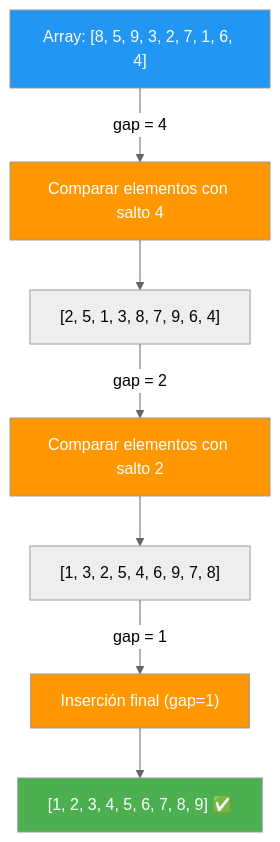
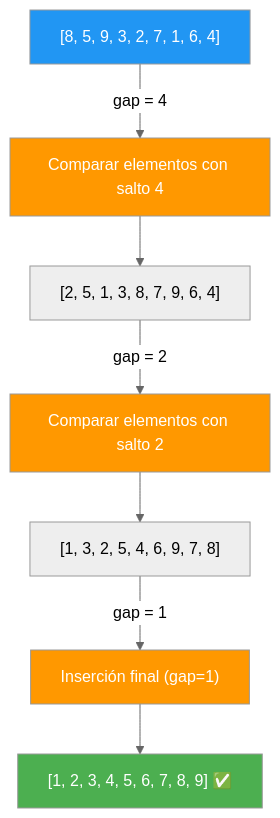
Before and after one commit to joseluisgs/Programacion-03-2026-2027: the fourth of 7 diagrams in 07-ordenacion-busqueda.md, drawn with Mermaid (neutral theme). The commit also changed other lines of this file and 8 other files, not shown here.

````diff
--- a/07-ordenacion-busqueda.md
+++ b/07-ordenacion-busqueda.md
@@ -155,14 +202,14 @@
 ```mermaid
 graph TD
-    A["Array: [8, 5, 9, 3, 2, 7, 1, 6, 4]"] -->|"gap = 4"| B["Comparar elementos con salto 4"]
+    A["[8, 5, 9, 3, 2, 7, 1, 6, 4]"] -->|"gap = 4"| B["Comparar elementos con salto 4"]
     B --> C["[2, 5, 1, 3, 8, 7, 9, 6, 4]"]
     C -->|"gap = 2"| D["Comparar elementos con salto 2"]
     D --> E["[1, 3, 2, 5, 4, 6, 9, 7, 8]"]
     E -->|"gap = 1"| F["Inserción final (gap=1)"]
     F --> G["[1, 2, 3, 4, 5, 6, 7, 8, 9] ✅"]
     style A fill:#2196F3,color:#fff
     style B fill:#FF9800,color:#fff
     style D fill:#FF9800,color:#fff
     style F fill:#FF9800,color:#fff
     style G fill:#4CAF50,color:#fff
 ```
````
